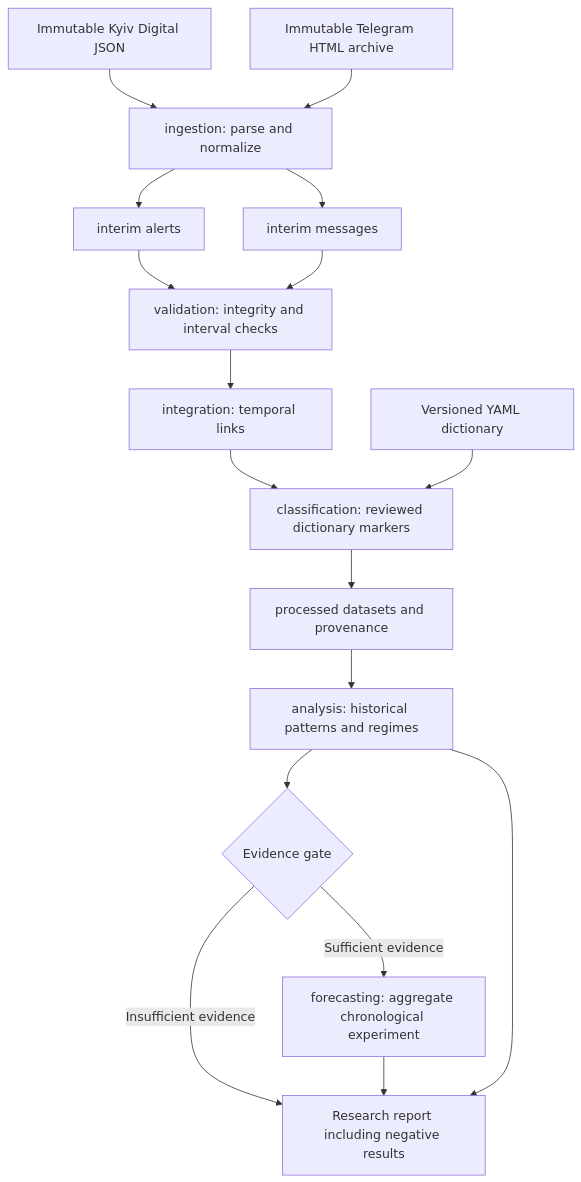
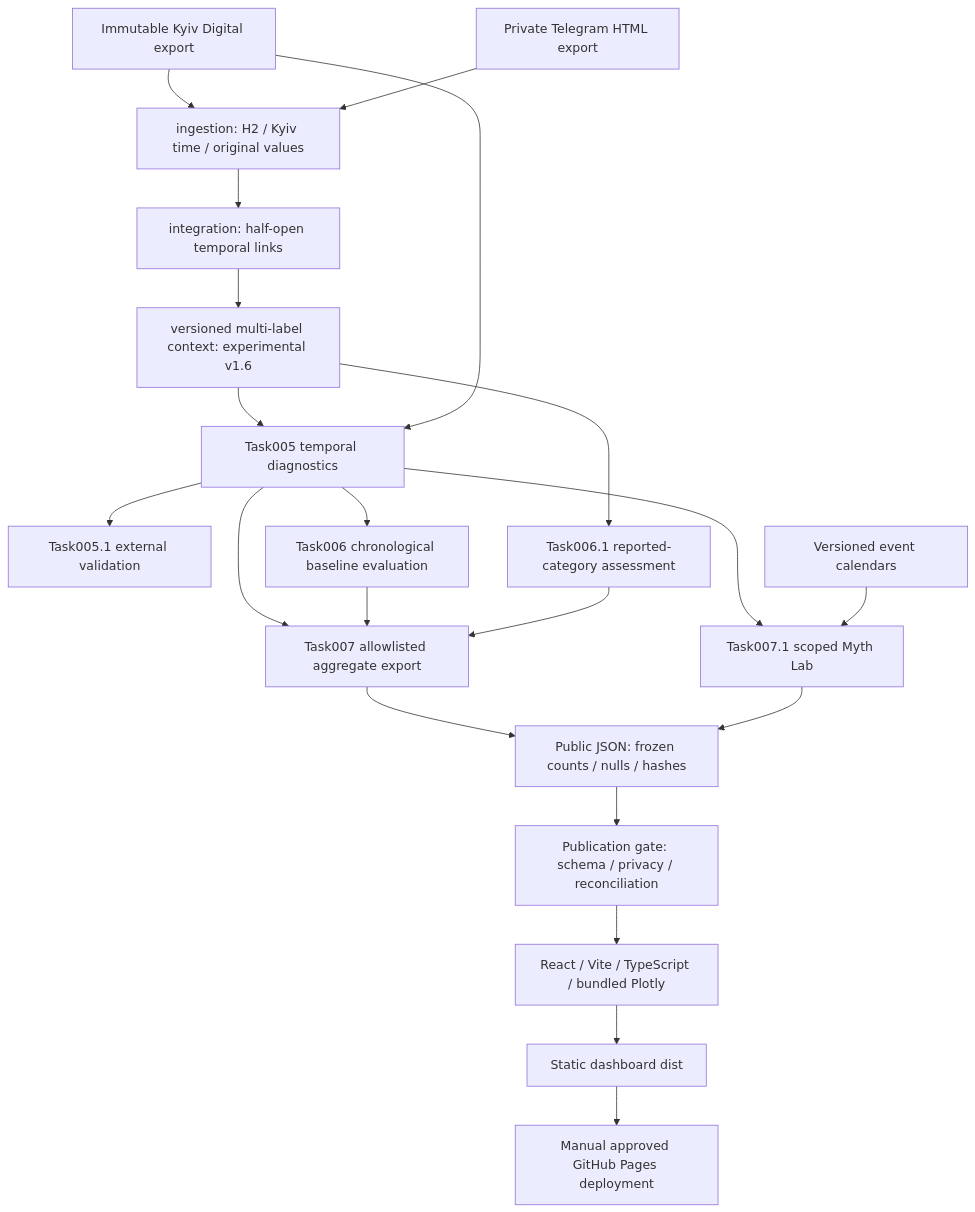
One commit to OlenaAI18/KSHE_alert_test changed the diagram in docs/ARCHITECTURE.md. Above: the diagram before and after it, drawn with Mermaid. The commit also changed other lines of this file and 37 other files, not shown here.

Commit message:
chore: prepare research dashboard repository for publication

````diff
--- a/docs/ARCHITECTURE.md
+++ b/docs/ARCHITECTURE.md
@@ -5,19 +9,23 @@
 ```mermaid
 flowchart TD
-    A[Immutable Kyiv Digital JSON] --> I[ingestion: parse and normalize]
-    B[Immutable Telegram HTML archive] --> I
-    I --> C[interim alerts]
-    I --> D[interim messages]
-    C --> V[validation: integrity and interval checks]
-    D --> V
-    V --> L[integration: temporal links]
-    L --> T[classification: reviewed dictionary markers]
-    Y[Versioned YAML dictionary] --> T
-    T --> P[processed datasets and provenance]
-    P --> S[analysis: historical patterns and regimes]
-    S --> G{Evidence gate}
-    G -->|Sufficient evidence| F[forecasting: aggregate chronological experiment]
-    G -->|Insufficient evidence| R[Research report including negative results]
-    F --> R
-    S --> R
+    A[Immutable Kyiv Digital export] --> I[ingestion: H2 / Kyiv time / original values]
+    B[Private Telegram HTML export] --> I
+    I --> L[integration: half-open temporal links]
+    L --> C[versioned multi-label context: experimental v1.6]
+    C --> T[Task005 temporal diagnostics]
+    A --> T
+    T --> V[Task005.1 external validation]
+    T --> F[Task006 chronological baseline evaluation]
+    C --> G[Task006.1 reported-category assessment]
+    T --> M[Task007.1 scoped Myth Lab]
+    K[Versioned event calendars] --> M
+    T --> E[Task007 allowlisted aggregate export]
+    F --> E
+    G --> E
+    E --> P[Public JSON: frozen counts / nulls / hashes]
+    M --> P
+    P --> Q[Publication gate: schema / privacy / reconciliation]
+    Q --> D[React / Vite / TypeScript / bundled Plotly]
+    D --> R[Static dashboard dist]
+    R --> H[Manual approved GitHub Pages deployment]
 ```
````
